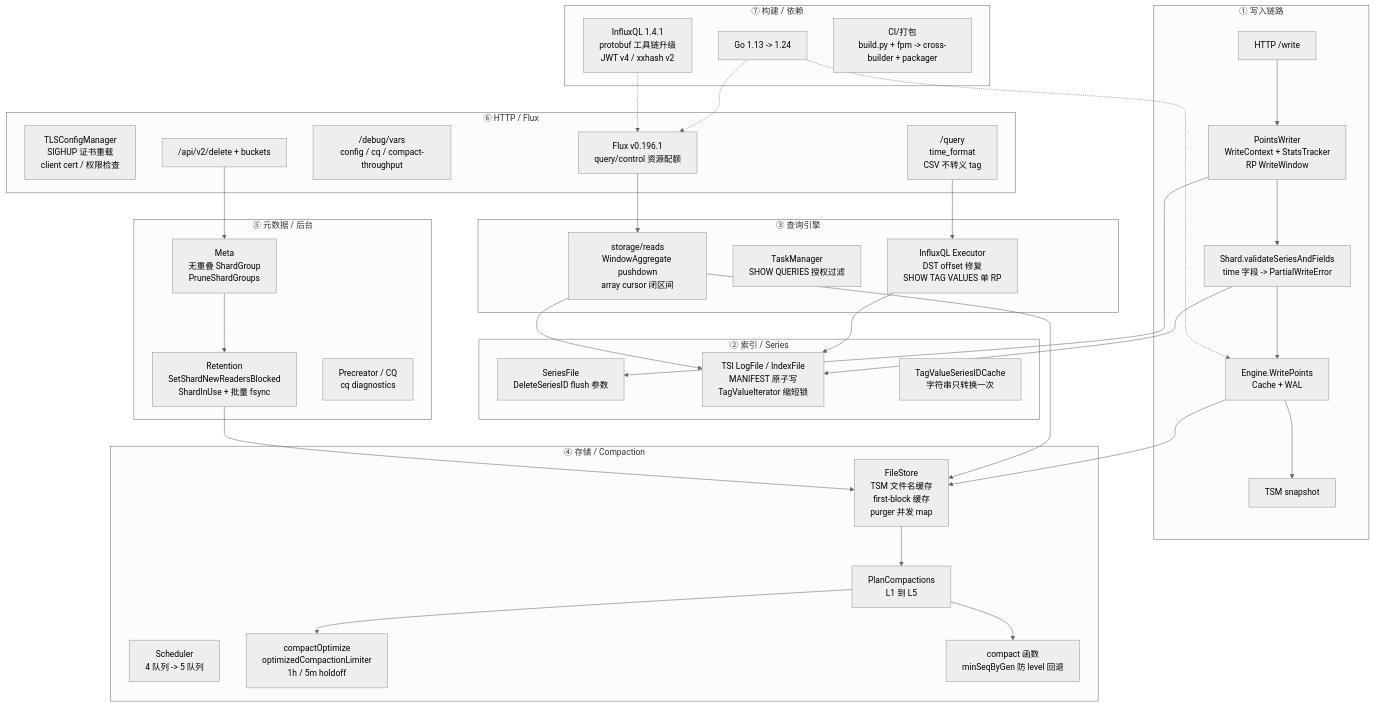
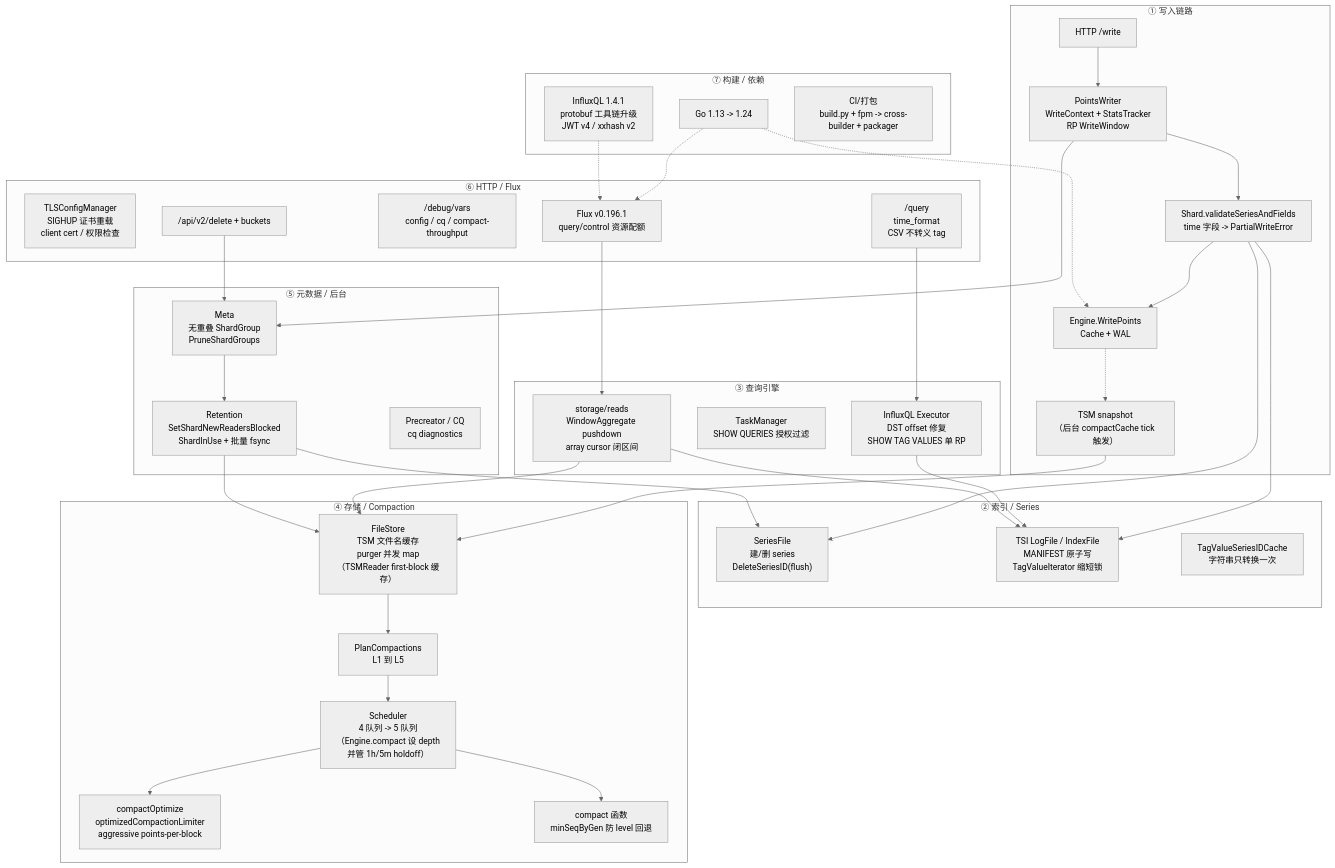
The diagram in docs/specs/v1.8.10-vs-v1.12.3/readme.md (stefanv5/influxdb), drawn with Mermaid (neutral theme) before and after one commit. The commit also changed other lines of this file and 7 other files, not shown here.

First line of the commit message:
docs: fix code snippets and flows in the version-diff study

````diff
--- a/docs/specs/v1.8.10-vs-v1.12.3/readme.md
+++ b/docs/specs/v1.8.10-vs-v1.12.3/readme.md
@@ -96,67 +96,70 @@
 ```mermaid
 flowchart TB
     subgraph W["① 写入链路"]
         W1["HTTP /write"] --> W2["PointsWriter<br/>WriteContext + StatsTracker<br/>RP WriteWindow"]
         W2 --> W3["Shard.validateSeriesAndFields<br/>time 字段 -> PartialWriteError"]
         W3 --> W4["Engine.WritePoints<br/>Cache + WAL"]
-        W4 --> W5["TSM snapshot"]
+        W4 -.-> W5["TSM snapshot<br/>（后台 compactCache tick 触发）"]
     end
 
     subgraph I["② 索引 / Series"]
-        I1["SeriesFile<br/>DeleteSeriesID flush 参数"]
+        I1["SeriesFile<br/>建/删 series<br/>DeleteSeriesID(flush)"]
         I2["TSI LogFile / IndexFile<br/>MANIFEST 原子写<br/>TagValueIterator 缩短锁"]
         I3["TagValueSeriesIDCache<br/>字符串只转换一次"]
     end
 
     subgraph Q["③ 查询引擎"]
         Q1["InfluxQL Executor<br/>DST offset 修复<br/>SHOW TAG VALUES 单 RP"]
         Q2["TaskManager<br/>SHOW QUERIES 授权过滤"]
         Q3["storage/reads<br/>WindowAggregate pushdown<br/>array cursor 闭区间"]
     end
 
     subgraph S["④ 存储 / Compaction"]
-        S1["Scheduler<br/>4 队列 -> 5 队列"]
+        S1["Scheduler<br/>4 队列 -> 5 队列<br/>（Engine.compact 设 depth<br/>并管 1h/5m holdoff）"]
         S2["PlanCompactions<br/>L1 到 L5"]
-        S3["compactOptimize<br/>optimizedCompactionLimiter<br/>1h / 5m holdoff"]
+        S3["compactOptimize<br/>optimizedCompactionLimiter<br/>aggressive points-per-block"]
         S4["compact 函数<br/>minSeqByGen 防 level 回退"]
-        S5["FileStore<br/>TSM 文件名缓存<br/>first-block 缓存<br/>purger 并发 map"]
+        S5["FileStore<br/>TSM 文件名缓存<br/>purger 并发 map<br/>（TSMReader first-block 缓存）"]
     end
 
     subgraph M["⑤ 元数据 / 后台"]
         M1["Meta<br/>无重叠 ShardGroup<br/>PruneShardGroups"]
         M2["Retention<br/>SetShardNewReadersBlocked<br/>ShardInUse + 批量 fsync"]
         M3["Precreator / CQ<br/>cq diagnostics"]
     end
 
     subgraph H["⑥ HTTP / Flux"]
         H1["TLSConfigManager<br/>SIGHUP 证书重载<br/>client cert / 权限检查"]
         H2["/query<br/>time_format<br/>CSV 不转义 tag"]
         H3["/debug/vars<br/>config / cq / compact-throughput"]
         H4["/api/v2/delete + buckets"]
         H5["Flux v0.196.1<br/>query/control 资源配额"]
     end
 
     subgraph B["⑦ 构建 / 依赖"]
         B1["Go 1.13 -> 1.24"]
         B2["InfluxQL 1.4.1<br/>protobuf 工具链升级<br/>JWT v4 / xxhash v2"]
         B3["CI/打包<br/>build.py + fpm -> cross-builder + packager"]
     end
 
-    W2 --> I1
+    W2 --> M1
+    W3 --> I1
     W3 --> I2
-    W4 --> S5
-    S2 --> S3
-    S2 --> S4
+    W5 --> S5
+    S2 --> S1
+    S1 --> S3
+    S1 --> S4
     S5 --> S2
     Q1 --> I2
     Q3 --> I2
     Q3 --> S5
     H2 --> Q1
     H4 --> M1
     H5 --> Q3
     M2 --> S5
+    M2 --> I1
     M1 --> M2
     B1 -.-> W4
     B1 -.-> H5
     B2 -.-> H5
 ```
````
